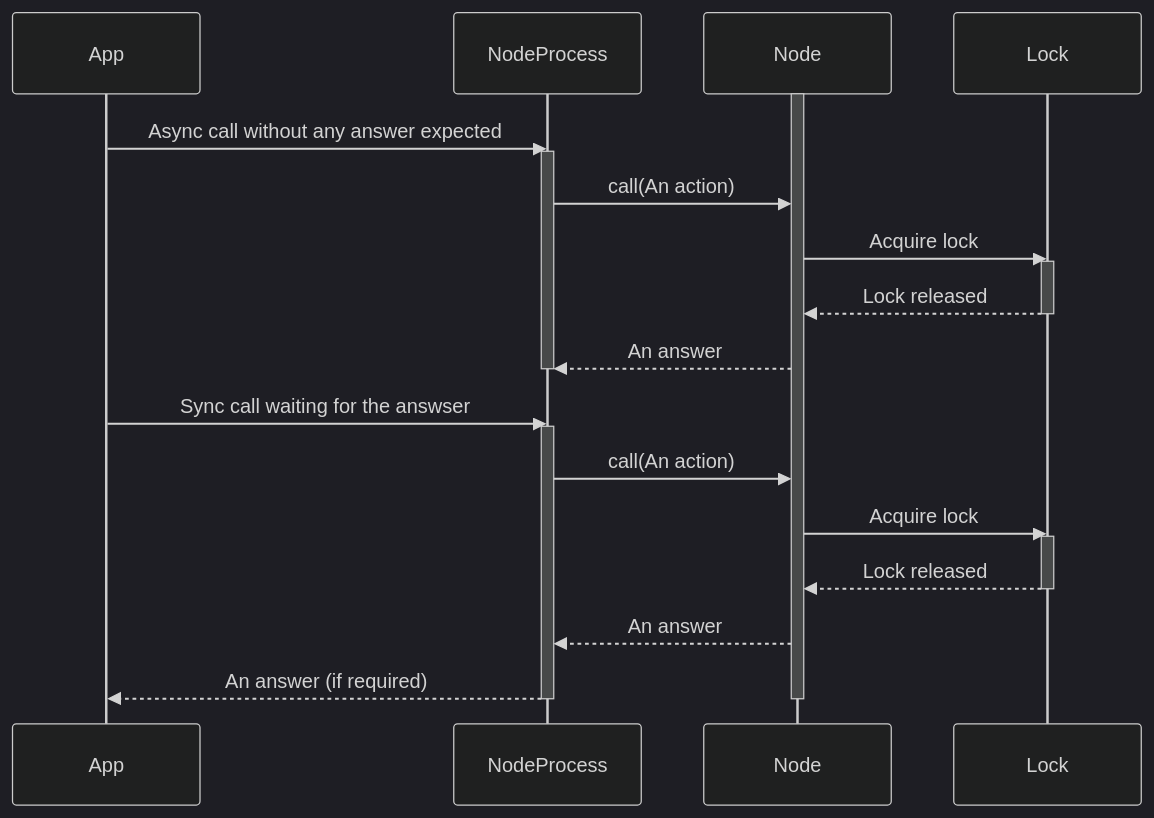
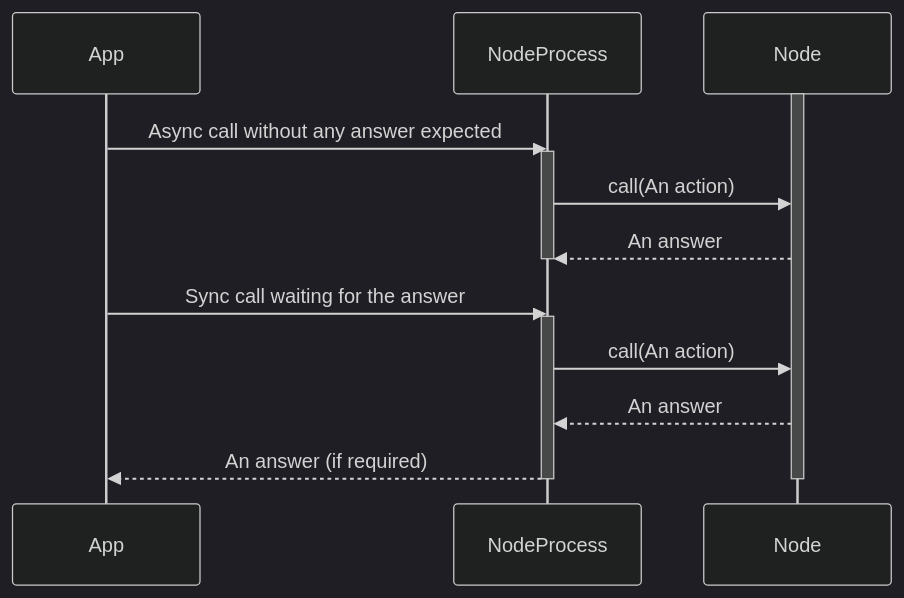
The eighth of 8 diagrams in README.md (PYBrulin/axone), drawn with Mermaid (dark theme) before and after one commit. The commit also changed other lines of this file, not shown here.

Commit message:
docs: Rewrite README to reflect new architecture

````diff
--- a/README.md
+++ b/README.md
@@ -397,25 +381,17 @@
 ```mermaid
     sequenceDiagram
     activate Node
     App->>NodeProcess: Async call without any answer expected
     activate NodeProcess
     NodeProcess->>Node: call(An action)
-    Node->>Lock: Acquire lock
-    activate Lock
-    Lock-->>Node: Lock released
-    deactivate Lock
     Node-->>NodeProcess: An answer
     deactivate NodeProcess
 
-    App->>NodeProcess: Sync call waiting for the answser
+    App->>NodeProcess: Sync call waiting for the answer
     activate NodeProcess
     NodeProcess->>Node: call(An action)
-    Node->>Lock: Acquire lock
-    activate Lock
-    Lock-->>Node: Lock released
-    deactivate Lock
     Node-->>NodeProcess: An answer
     NodeProcess-->>App: An answer (if required)
     deactivate NodeProcess
     deactivate Node
 ```
````
